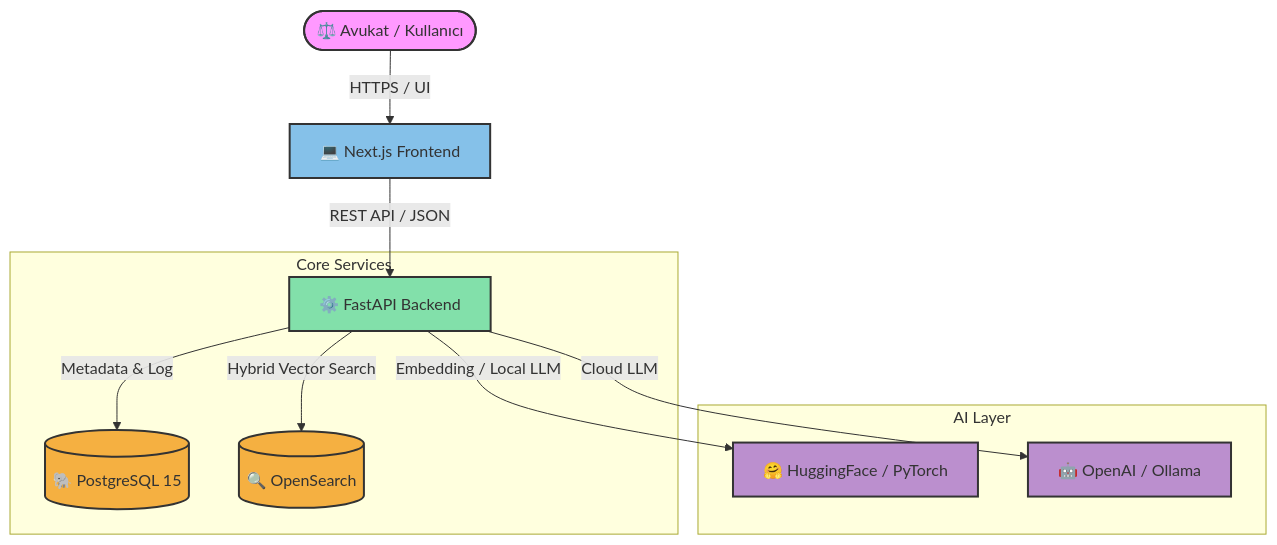
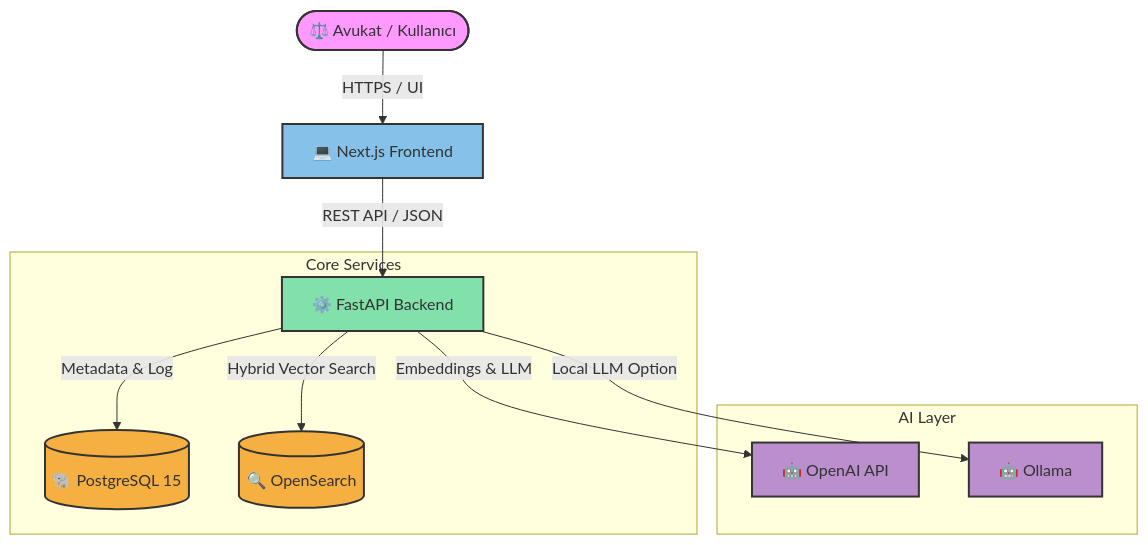
The diagram in README.md (Yunus-Emr/legal-ai), drawn with Mermaid before and after one commit. The commit also changed other lines of this file and 23 other files, not shown here.

Commit message:
refactor: upgrade embedding model to text-embedding-3-small, remove local reranker, and synchronize document indexing with PostgreSQL

````diff
--- a/README.md
+++ b/README.md
@@ -42,20 +43,20 @@
 ```mermaid
 graph TD
     User([⚖️ Avukat / Kullanıcı]) -->|HTTPS / UI| FE[💻 Next.js Frontend]
     FE -->|REST API / JSON| BE[⚙️ FastAPI Backend]
     subgraph Core Services
         BE -->|Metadata & Log| DB[(🐘 PostgreSQL 15)]
         BE -->|Hybrid Vector Search| OS[(🔍 OpenSearch)]
     end
     subgraph AI Layer
-        BE -->|Embedding / Local LLM| HF[🤗 HuggingFace / PyTorch]
-        BE -->|Cloud LLM| OAI[🤖 OpenAI / Ollama]
+        BE -->|Embeddings & LLM| OAI[🤖 OpenAI API]
+        BE -->|Local LLM Option| OLL[🤖 Ollama]
     end
     style User fill:#f9f,stroke:#333,stroke-width:2px
     style FE fill:#85C1E9,stroke:#333,stroke-width:2px
     style BE fill:#82E0AA,stroke:#333,stroke-width:2px
     style DB fill:#F5B041,stroke:#333,stroke-width:2px
     style OS fill:#F5B041,stroke:#333,stroke-width:2px
-    style HF fill:#BB8FCE,stroke:#333,stroke-width:2px
     style OAI fill:#BB8FCE,stroke:#333,stroke-width:2px
+    style OLL fill:#BB8FCE,stroke:#333,stroke-width:2px
 ```
````
